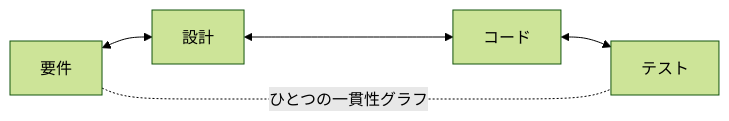
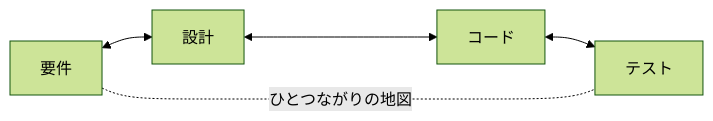
One commit to yohey-w/codd-dev changed the diagram in README_ja.md. Above: the diagram before and after it, drawn with Mermaid (forest theme). The commit also changed other lines of this file and 2 other files, not shown here.

````diff
--- a/README_ja.md
+++ b/README_ja.md
@@ -32,7 +40,7 @@
 ```mermaid
 flowchart LR
     R["要件"] <--> D["設計"]
     D <--> C["コード"]
     C <--> T["テスト"]
-    R -. "ひとつの一貫性グラフ" .- T
+    R -. "ひとつながりの地図" .- T
 ```
````
